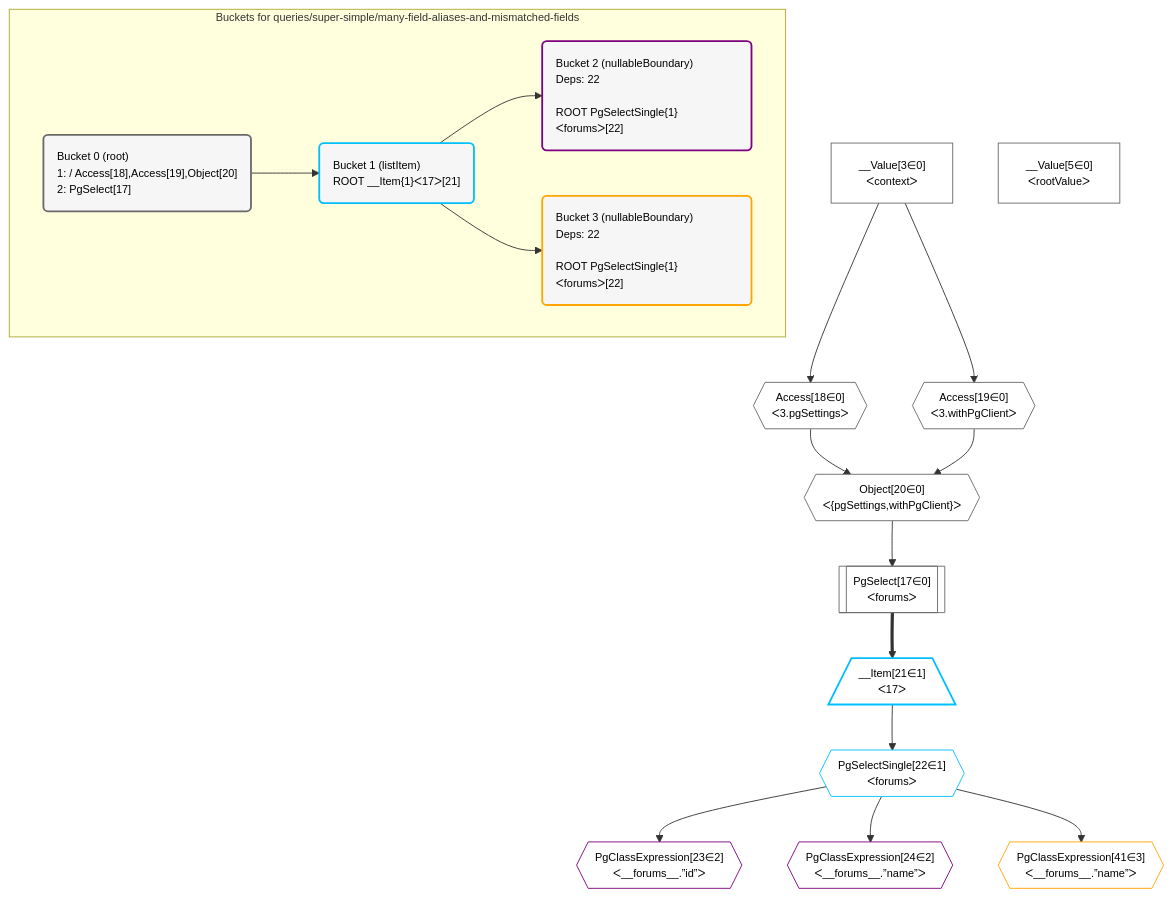
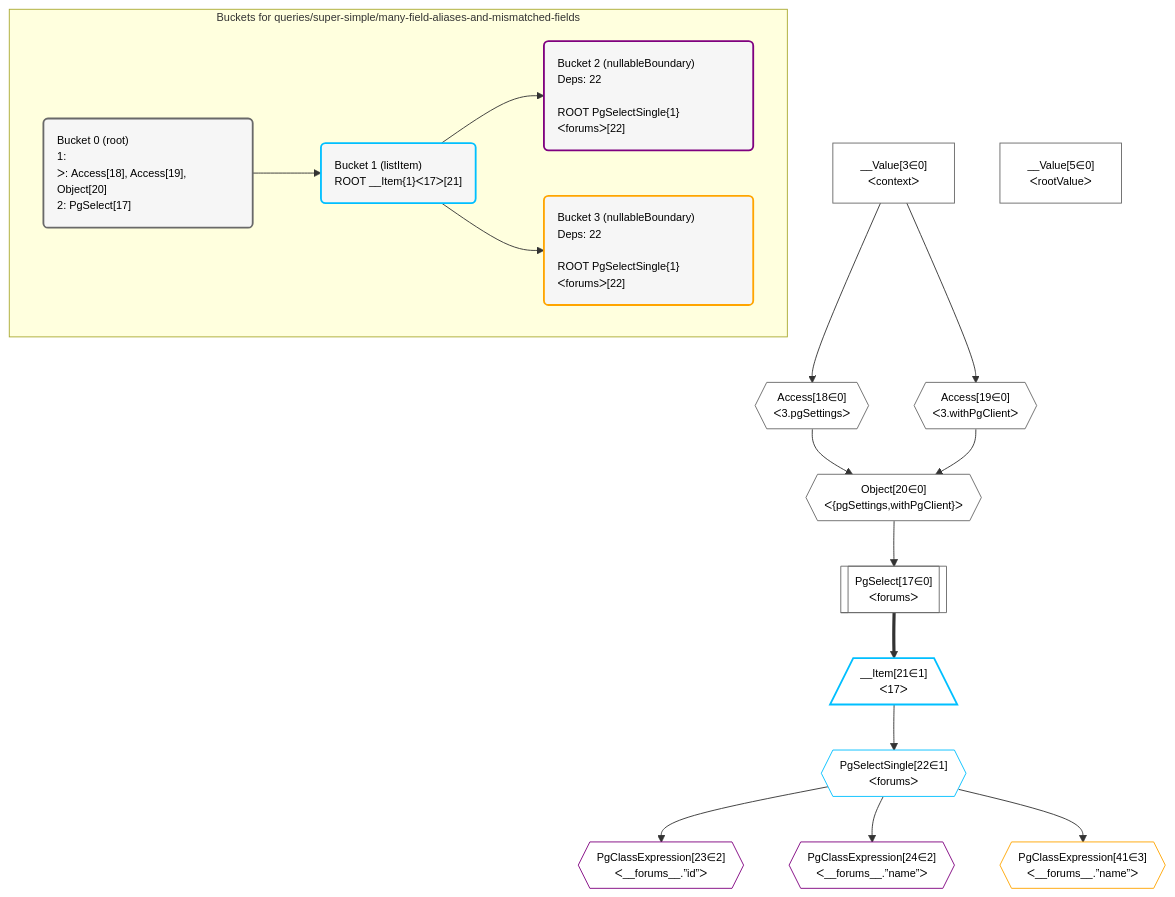
One commit to graphile/crystal changed the diagram in grafast/dataplan-pg/__tests__/queries/super-simple/many-field-aliases-and-mismatched-fields.mermaid. Above: the diagram before and after it, drawn with Mermaid. The commit also changed 168 other files, not shown here.

Commit message:
Shrink plan diagrams a little

```diff
--- a/grafast/dataplan-pg/__tests__/queries/super-simple/many-field-aliases-and-mismatched-fields.mermaid
+++ b/grafast/dataplan-pg/__tests__/queries/super-simple/many-field-aliases-and-mismatched-fields.mermaid
@@ -1,50 +1,50 @@
 %%{init: {'themeVariables': { 'fontSize': '12px'}}}%%
 graph TD
     classDef path fill:#eee,stroke:#000,color:#000
     classDef plan fill:#fff,stroke-width:1px,color:#000
     classDef itemplan fill:#fff,stroke-width:2px,color:#000
     classDef unbatchedplan fill:#dff,stroke-width:1px,color:#000
     classDef sideeffectplan fill:#fcc,stroke-width:2px,color:#000
     classDef bucket fill:#f6f6f6,color:#000,stroke-width:2px,text-align:left
 
 
     %% define steps
     __Value3["__Value[3∈0]<br />ᐸcontextᐳ"]:::plan
     __Value5["__Value[5∈0]<br />ᐸrootValueᐳ"]:::plan
     Access18{{"Access[18∈0]<br />ᐸ3.pgSettingsᐳ"}}:::plan
     Access19{{"Access[19∈0]<br />ᐸ3.withPgClientᐳ"}}:::plan
     Object20{{"Object[20∈0]<br />ᐸ{pgSettings,withPgClient}ᐳ"}}:::plan
     PgSelect17[["PgSelect[17∈0]<br />ᐸforumsᐳ"]]:::plan
     __Item21[/"__Item[21∈1]<br />ᐸ17ᐳ"\]:::itemplan
     PgSelectSingle22{{"PgSelectSingle[22∈1]<br />ᐸforumsᐳ"}}:::plan
     PgClassExpression23{{"PgClassExpression[23∈2]<br />ᐸ__forums__.”id”ᐳ"}}:::plan
     PgClassExpression24{{"PgClassExpression[24∈2]<br />ᐸ__forums__.”name”ᐳ"}}:::plan
     PgClassExpression41{{"PgClassExpression[41∈3]<br />ᐸ__forums__.”name”ᐳ"}}:::plan
 
     %% plan dependencies
     __Value3 --> Access18
     __Value3 --> Access19
     Access18 & Access19 --> Object20
     Object20 --> PgSelect17
     PgSelect17 ==> __Item21
     __Item21 --> PgSelectSingle22
     PgSelectSingle22 --> PgClassExpression23
     PgSelectSingle22 --> PgClassExpression24
     PgSelectSingle22 --> PgClassExpression41
 
     subgraph "Buckets for queries/super-simple/many-field-aliases-and-mismatched-fields"
-    Bucket0("Bucket 0 (root)<br />1:  / Access[18],Access[19],Object[20]<br />2: PgSelect[17]"):::bucket
+    Bucket0("Bucket 0 (root)<br />1: <br />ᐳ: Access[18], Access[19], Object[20]<br />2: PgSelect[17]"):::bucket
     classDef bucket0 stroke:#696969
     class Bucket0,__Value3,__Value5,PgSelect17,Access18,Access19,Object20 bucket0
     Bucket1("Bucket 1 (listItem)<br />ROOT __Item{1}ᐸ17ᐳ[21]"):::bucket
     classDef bucket1 stroke:#00bfff
     class Bucket1,__Item21,PgSelectSingle22 bucket1
     Bucket2("Bucket 2 (nullableBoundary)<br />Deps: 22<br /><br />ROOT PgSelectSingle{1}ᐸforumsᐳ[22]"):::bucket
     classDef bucket2 stroke:#7f007f
     class Bucket2,PgClassExpression23,PgClassExpression24 bucket2
     Bucket3("Bucket 3 (nullableBoundary)<br />Deps: 22<br /><br />ROOT PgSelectSingle{1}ᐸforumsᐳ[22]"):::bucket
     classDef bucket3 stroke:#ffa500
     class Bucket3,PgClassExpression41 bucket3
     Bucket0 --> Bucket1
     Bucket1 --> Bucket2 & Bucket3
     end
```
